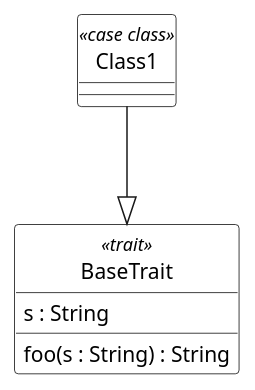
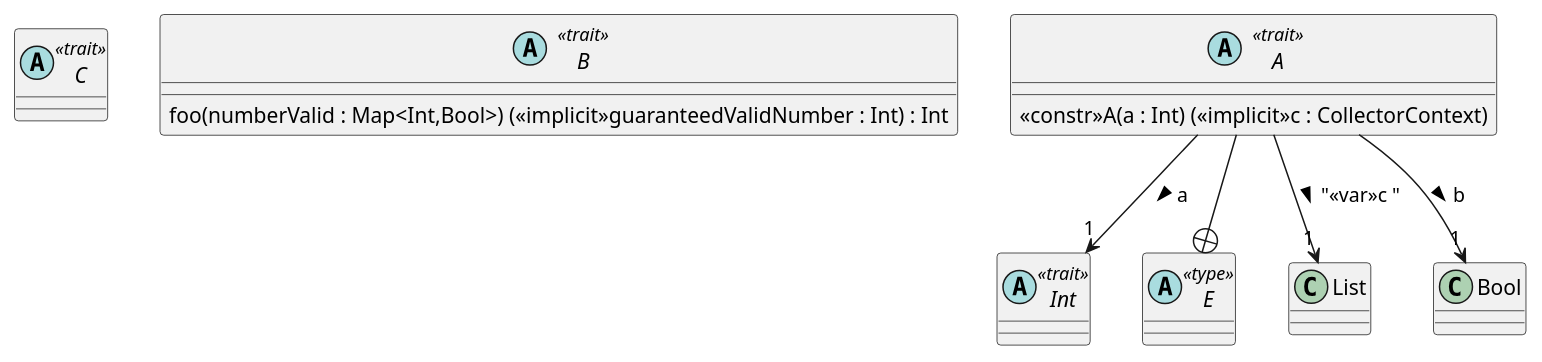
Before and after one commit to tizuck/scala-uml-diagrams: the diagram in diagrams/trash.puml, drawn with PlantUML. The commit also changed other lines of this file and 2 other files, not shown here.

Commit message:
recent diagrams

```diff
--- a/diagrams/trash.puml
+++ b/diagrams/trash.puml
@@ -1,14 +1,15 @@
-@startuml "Two classes"
-class Class1 << case class >> {
-    
-}
-class BaseTrait << trait >> {
-    s : String
-    foo(s : String) : String
-}
-Class1 --|> BaseTrait : " "
-skinparam ClassBackgroundcolor White
-skinparam ClassArrowColor Black
-skinparam ClassBorderColor Black
-hide class circle
+@startuml need_to_find_id
+abstract class C << trait >>
+abstract class B << trait >>{
+    foo(numberValid : Map<Int,Bool>) (<< implicit >>guaranteedValidNumber : Int) : Int
+    }
+abstract class Int << trait >>
+abstract class A << trait >>{
+    << constr >>A(a : Int) (<< implicit >>c : CollectorContext) 
+    }
+A --+ E 
+abstract class E << type >>
+A --> "1" List : "<< var >>c " > 
+A --> "1" Bool : b  > 
+A --> "1" Int : a  > 
 @enduml
```
